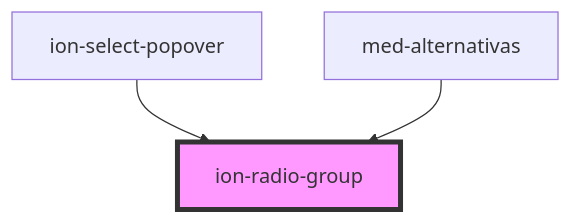
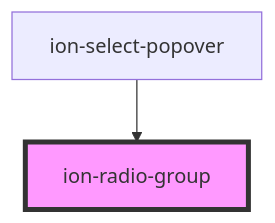
Before and after one commit to ionic-team/ionic-framework: the diagram in core/src/components/radio-group/readme.md, drawn with Mermaid. The commit also changed other lines of this file and 21 other files, not shown here.

````diff
--- a/core/src/components/radio-group/readme.md
+++ b/core/src/components/radio-group/readme.md
@@ -245,6 +244,5 @@
 ```mermaid
 graph TD;
   ion-select-popover --> ion-radio-group
-  med-alternativas --> ion-radio-group
   style ion-radio-group fill:#f9f,stroke:#333,stroke-width:4px
 ```
````
